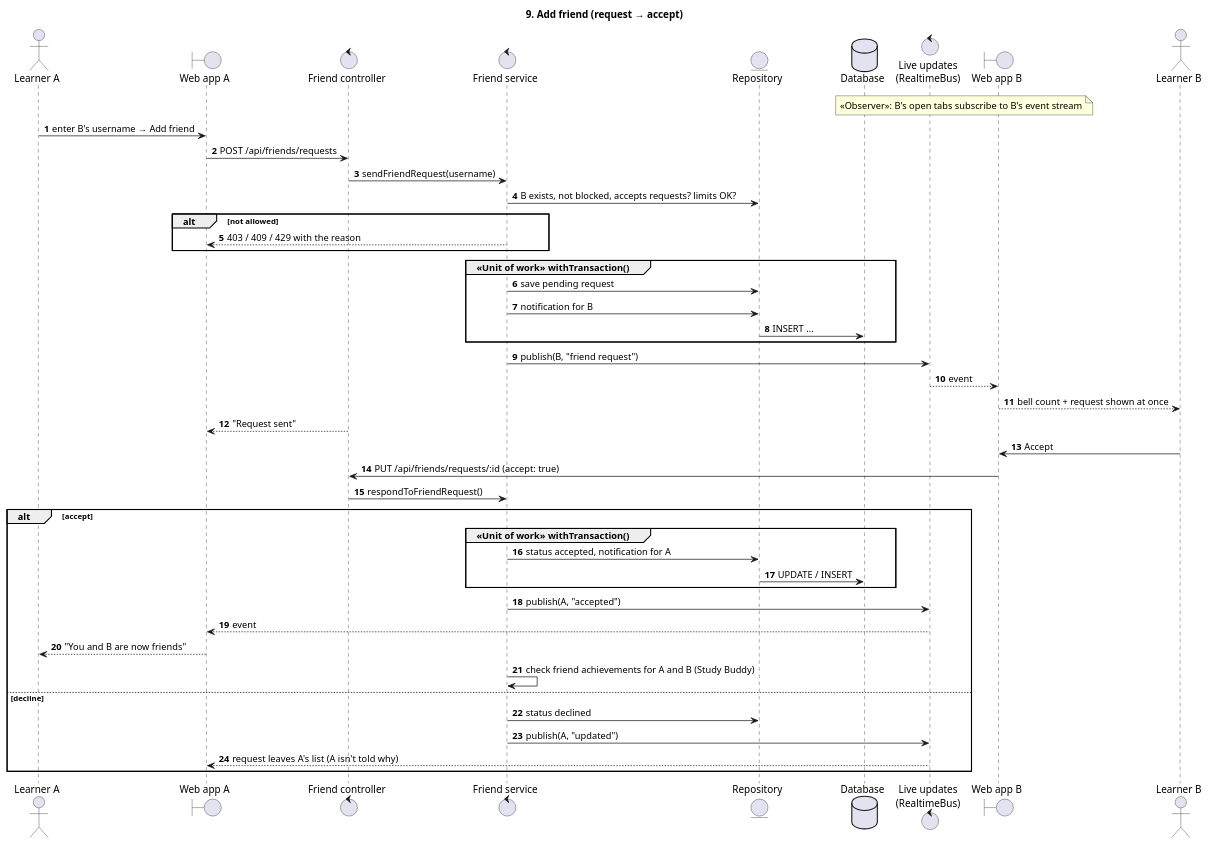
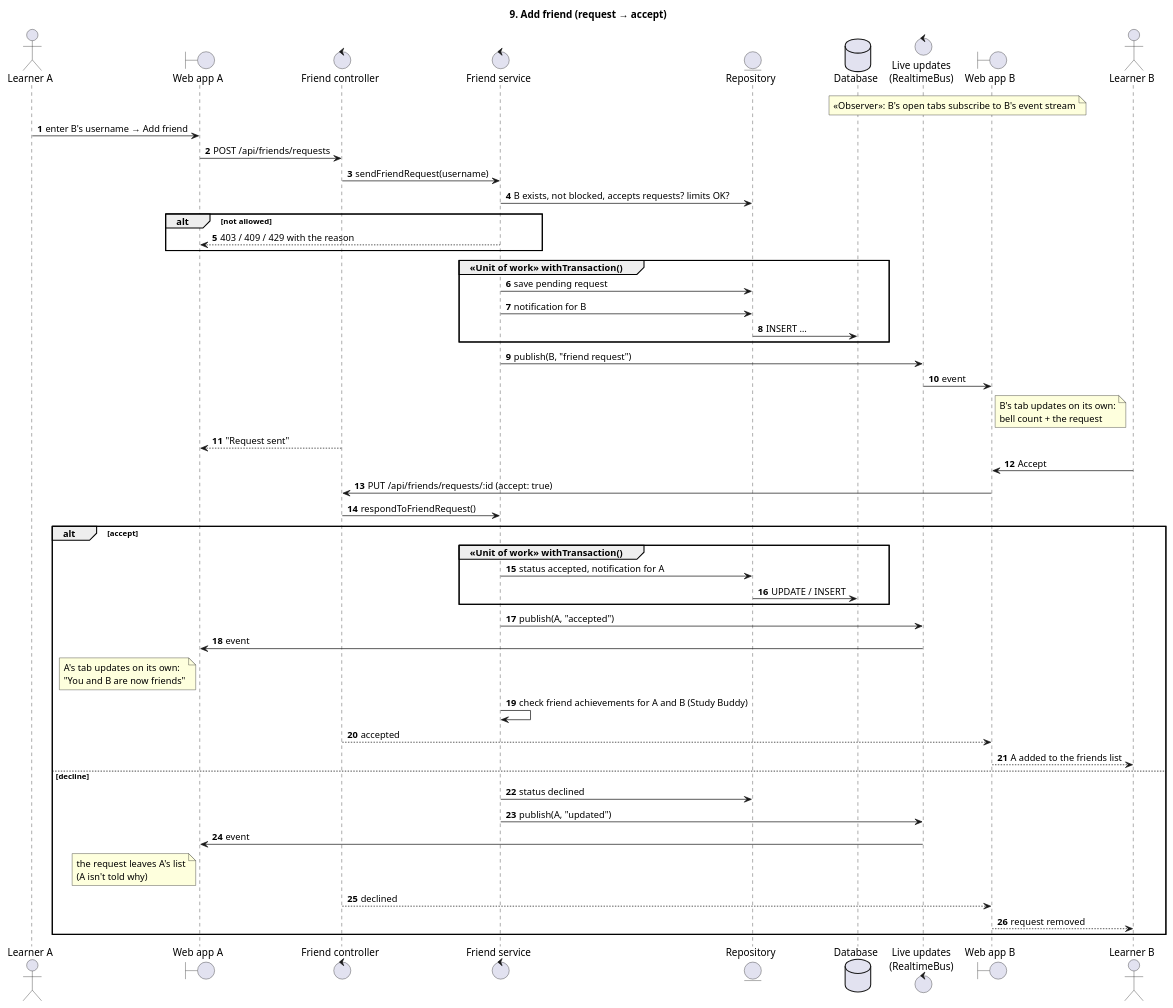
The diagram in Diagram/sequence/09-add-friend.puml (BLF2710/Nihongo-Training), drawn with PlantUML before and after one commit. The commit also changed 402 other files, not shown here.

```diff
--- a/Diagram/sequence/09-add-friend.puml
+++ b/Diagram/sequence/09-add-friend.puml
@@ -14,53 +14,58 @@
 @startuml 09 Add friend
 title 9. Add friend (request → accept)
 autonumber
 skinparam sequenceMessageAlign left
 skinparam responseMessageBelowArrow true
 
 actor "Learner A" as A
 boundary "Web app A" as WebA
 control "Friend controller" as Ctrl
 control "Friend service" as Svc
 entity "Repository" as Repo
 database "Database" as DB
 control "Live updates\n(RealtimeBus)" as Bus
 boundary "Web app B" as WebB
 actor "Learner B" as B
 
 note over Bus, WebB : «Observer»: B's open tabs subscribe to B's event stream
 
 A -> WebA : enter B's username → Add friend
 WebA -> Ctrl : POST /api/friends/requests
 Ctrl -> Svc : sendFriendRequest(username)
 Svc -> Repo : B exists, not blocked, accepts requests? limits OK?
 alt not allowed
   Svc --> WebA : 403 / 409 / 429 with the reason
 end
 group «Unit of work» withTransaction()
   Svc -> Repo : save pending request
   Svc -> Repo : notification for B
   Repo -> DB : INSERT …
 end
 Svc -> Bus : publish(B, "friend request")
-Bus --> WebB : event
-WebB --> B : bell count + request shown at once
+Bus -> WebB : event
+note right of WebB : B's tab updates on its own:\nbell count + the request
 Ctrl --> WebA : "Request sent"
 
 B -> WebB : Accept
 WebB -> Ctrl : PUT /api/friends/requests/:id (accept: true)
 Ctrl -> Svc : respondToFriendRequest()
 alt accept
   group «Unit of work» withTransaction()
     Svc -> Repo : status accepted, notification for A
     Repo -> DB : UPDATE / INSERT
   end
   Svc -> Bus : publish(A, "accepted")
-  Bus --> WebA : event
-  WebA --> A : "You and B are now friends"
+  Bus -> WebA : event
+  note left of WebA : A's tab updates on its own:\n"You and B are now friends"
   Svc -> Svc : check friend achievements for A and B (Study Buddy)
+  Ctrl --> WebB : accepted
+  WebB --> B : A added to the friends list
 else decline
   Svc -> Repo : status declined
   Svc -> Bus : publish(A, "updated")
-  Bus --> WebA : request leaves A's list (A isn't told why)
+  Bus -> WebA : event
+  note left of WebA : the request leaves A's list\n(A isn't told why)
+  Ctrl --> WebB : declined
+  WebB --> B : request removed
 end
 @enduml
```
